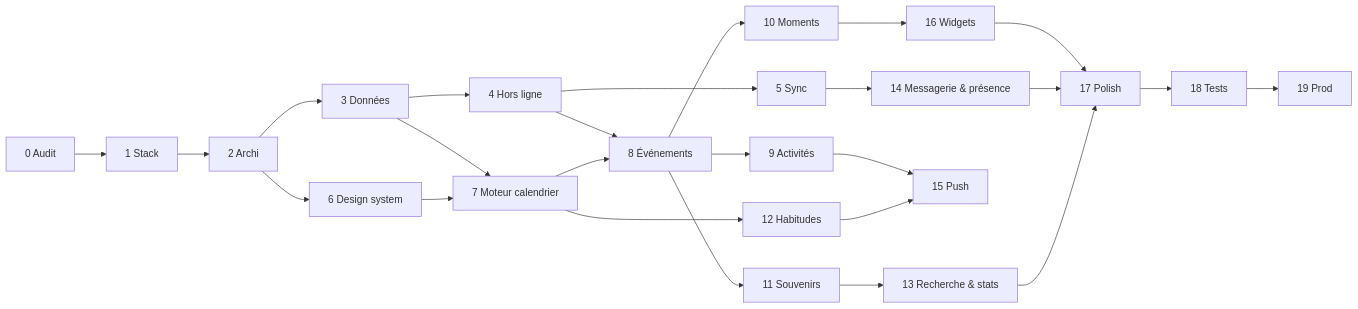
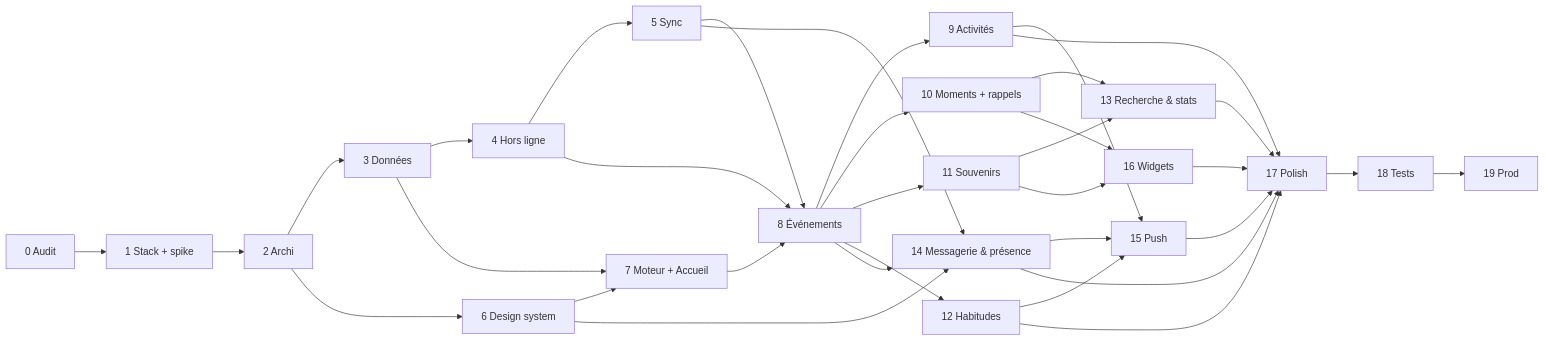
Before and after one commit to Thomas10112/nous: the diagram in docs/ROADMAP.md, drawn with Mermaid. The commit also changed other lines of this file and 13 other files, not shown here.

````diff
--- a/docs/ROADMAP.md
+++ b/docs/ROADMAP.md
@@ -39,21 +44,32 @@
 ```mermaid
 flowchart LR
-  P0[0 Audit] --> P1[1 Stack] --> P2[2 Archi]
+  P0[0 Audit] --> P1[1 Stack + spike] --> P2[2 Archi]
   P2 --> P3[3 Données] --> P4[4 Hors ligne] --> P5[5 Sync]
   P2 --> P6[6 Design system]
-  P3 --> P7[7 Moteur calendrier]
+  P3 --> P7[7 Moteur + Accueil]
   P6 --> P7
   P4 --> P8[8 Événements]
-  P7 --> P8 --> P9[9 Activités]
-  P8 --> P10[10 Moments]
+  P5 --> P8
+  P7 --> P8
+  P8 --> P9[9 Activités]
+  P8 --> P10[10 Moments + rappels]
   P8 --> P11[11 Souvenirs]
-  P7 --> P12[12 Habitudes]
-  P11 --> P13[13 Recherche & stats]
+  P8 --> P12[12 Habitudes]
+  P10 --> P13[13 Recherche & stats]
+  P11 --> P13
   P5 --> P14[14 Messagerie & présence]
+  P6 --> P14
+  P8 --> P14
   P9 --> P15[15 Push]
   P12 --> P15
+  P14 --> P15
   P10 --> P16[16 Widgets]
-  P16 --> P17[17 Polish] --> P18[18 Tests] --> P19[19 Prod]
+  P11 --> P16
+  P9 --> P17[17 Polish]
+  P12 --> P17
+  P13 --> P17
   P14 --> P17
-  P13 --> P17
+  P15 --> P17
+  P16 --> P17
+  P17 --> P18[18 Tests] --> P19[19 Prod]
 ```
````
